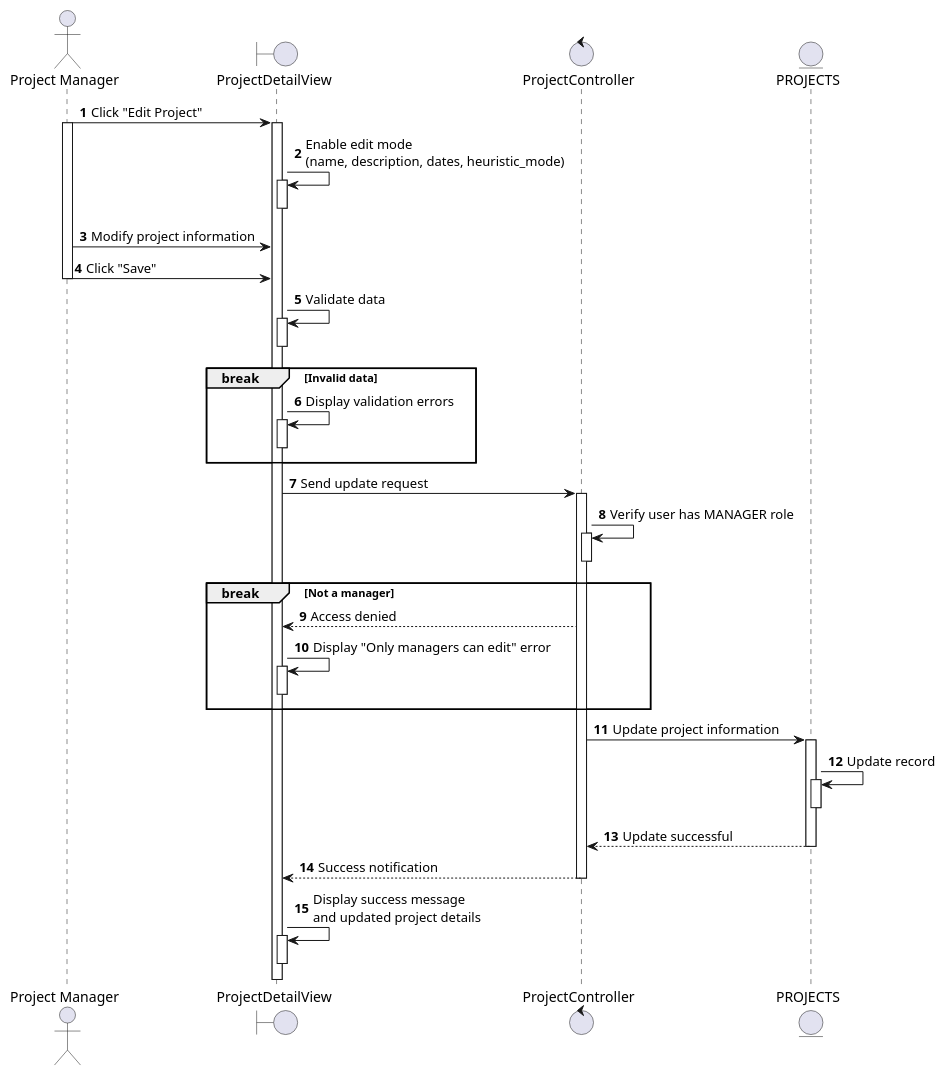
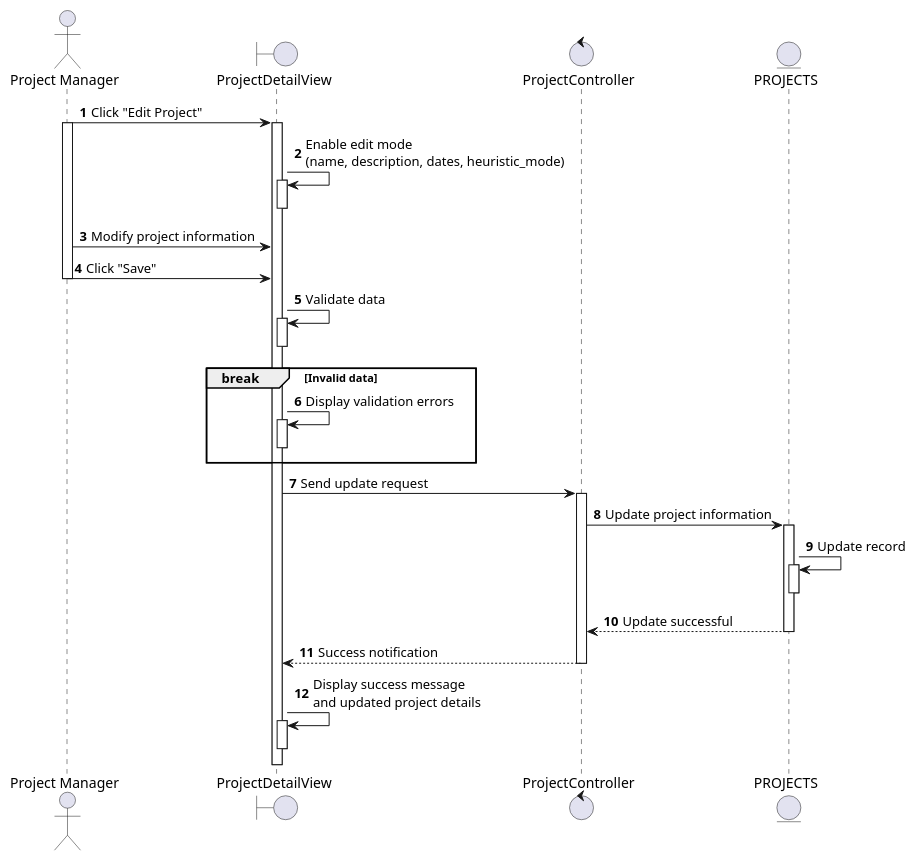
Before and after one commit to taskpilot-platform/taskpilot-platform.github.io: the diagram in docs/docs/sequence/project-management/update-project-information.md, drawn with PlantUML. The commit also changed 65 other files, not shown here.

Commit message:
docs: Add new sequence diagrams for various platform functionalities including project, task, sprint, user, and AI assistant management.

````diff
--- a/docs/docs/sequence/project-management/update-project-information.md
+++ b/docs/docs/sequence/project-management/update-project-information.md
@@ -3,58 +3,48 @@
 ```plantuml
 @startuml
 autonumber
 
 actor "Project Manager" as PM
 boundary ProjectDetailView as PDV
 control ProjectController as PC
 entity PROJECTS as P
 
 PM -> PDV: Click "Edit Project"
 activate PM
 activate PDV
 PDV -> PDV: Enable edit mode\n(name, description, dates, heuristic_mode)
 activate PDV
 deactivate PDV
 
 PM -> PDV: Modify project information
 PM -> PDV: Click "Save"
 deactivate PM
 PDV -> PDV: Validate data
 activate PDV
 deactivate PDV
 
 break Invalid data
   PDV -> PDV: Display validation errors
   activate PDV
   deactivate PDV
 end
 
 PDV -> PC: Send update request
 activate PC
-PC -> PC: Verify user has MANAGER role
-activate PC
-deactivate PC
-
-break Not a manager
-  PDV <-- PC: Access denied
-  PDV -> PDV: Display "Only managers can edit" error
-  activate PDV
-  deactivate PDV
-end
 
 PC -> P: Update project information
 activate P
 P -> P: Update record
 activate P
 deactivate P
 PC <-- P: Update successful
 deactivate P
 
 PDV <-- PC: Success notification
 deactivate PC
 PDV -> PDV: Display success message\nand updated project details
 activate PDV
 deactivate PDV
 
 @enduml
 ```
````
